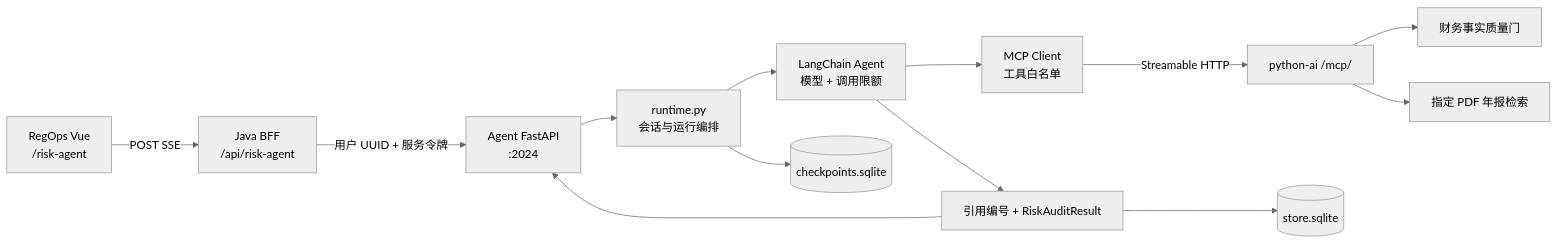
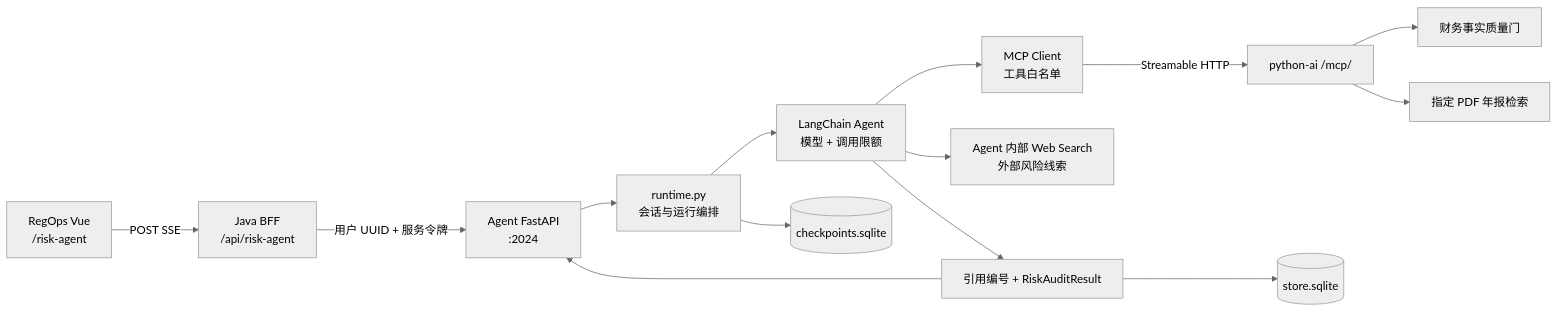
The diagram in financial-risk-audit-assistant/README.md (WWBQ/regops_copilot), drawn with Mermaid (neutral theme) before and after one commit. The commit also changed other lines of this file and 28 other files, not shown here.

First line of the commit message:
feat: add domain-limited external risk search for the financial agent

````diff
--- a/financial-risk-audit-assistant/README.md
+++ b/financial-risk-audit-assistant/README.md
@@ -34,15 +36,16 @@
 ```mermaid
 flowchart LR
     WEB[RegOps Vue<br/>/risk-agent] -->|POST SSE| JAVA[Java BFF<br/>/api/risk-agent]
     JAVA -->|用户 UUID + 服务令牌| API[Agent FastAPI<br/>:2024]
     API --> RUNTIME[runtime.py<br/>会话与运行编排]
     RUNTIME --> GRAPH[LangChain Agent<br/>模型 + 调用限额]
     GRAPH --> CLIENT[MCP Client<br/>工具白名单]
+    GRAPH --> WEBSEARCH[Agent 内部 Web Search<br/>外部风险线索]
     CLIENT -->|Streamable HTTP| MCP[python-ai /mcp/]
     MCP --> FACTS[财务事实质量门]
     MCP --> RAG[指定 PDF 年报检索]
     GRAPH --> RESULT[引用编号 + RiskAuditResult]
     RUNTIME --> CP[(checkpoints.sqlite)]
     RESULT --> STORE[(store.sqlite)]
     RESULT --> API
 ```
````
